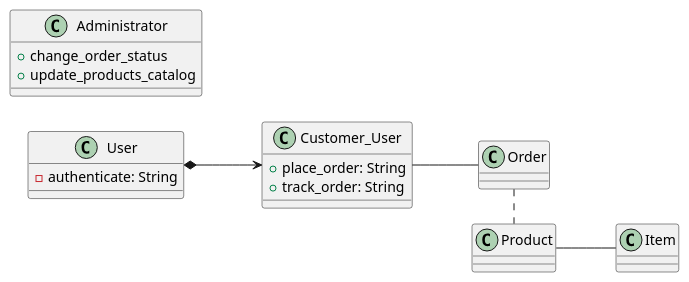
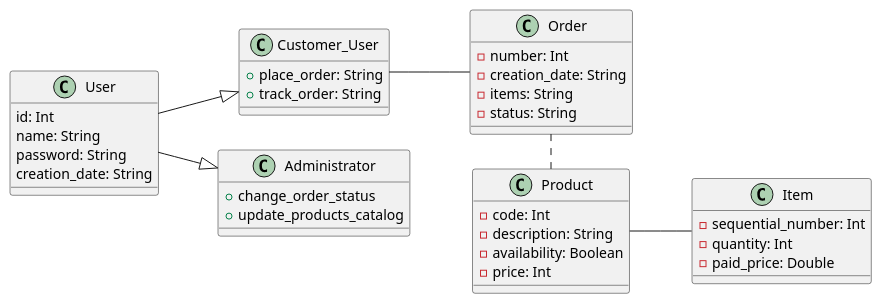
Before and after one commit to Kylertk21/SolSystems: the diagram in uml/class.wsd, drawn with PlantUML.

Commit message:
flushed out class.wsd, not finished

```diff
--- a/uml/class.wsd
+++ b/uml/class.wsd
@@ -1,35 +1,47 @@
 @startuml design
 
 left to right direction
 
 class User{
-    -authenticate: String 
+    id: Int
+    name: String
+    password: String
+    creation_date: String
 }
 
 class Customer_User{
     +place_order: String
     +track_order: String
 }
 
 class Product{
-
+    -code: Int
+    -description: String
+    -availability: Boolean
+    -price: Int
 }
 
 class Order{
-
+    -number: Int
+    -creation_date: String
+    -items: String
+    -status: String
 }
 
 class Item{
-
+    -sequential_number: Int
+    -quantity: Int
+    -paid_price: Double 
 }
 
 class Administrator{
     +change_order_status
     +update_products_catalog
 }
 
-User *--> Customer_User
+User --|> Customer_User
+User --|> Administrator 
 Customer_User -- Order
 Product -- Item
 Order . Product 
 @enduml
```
